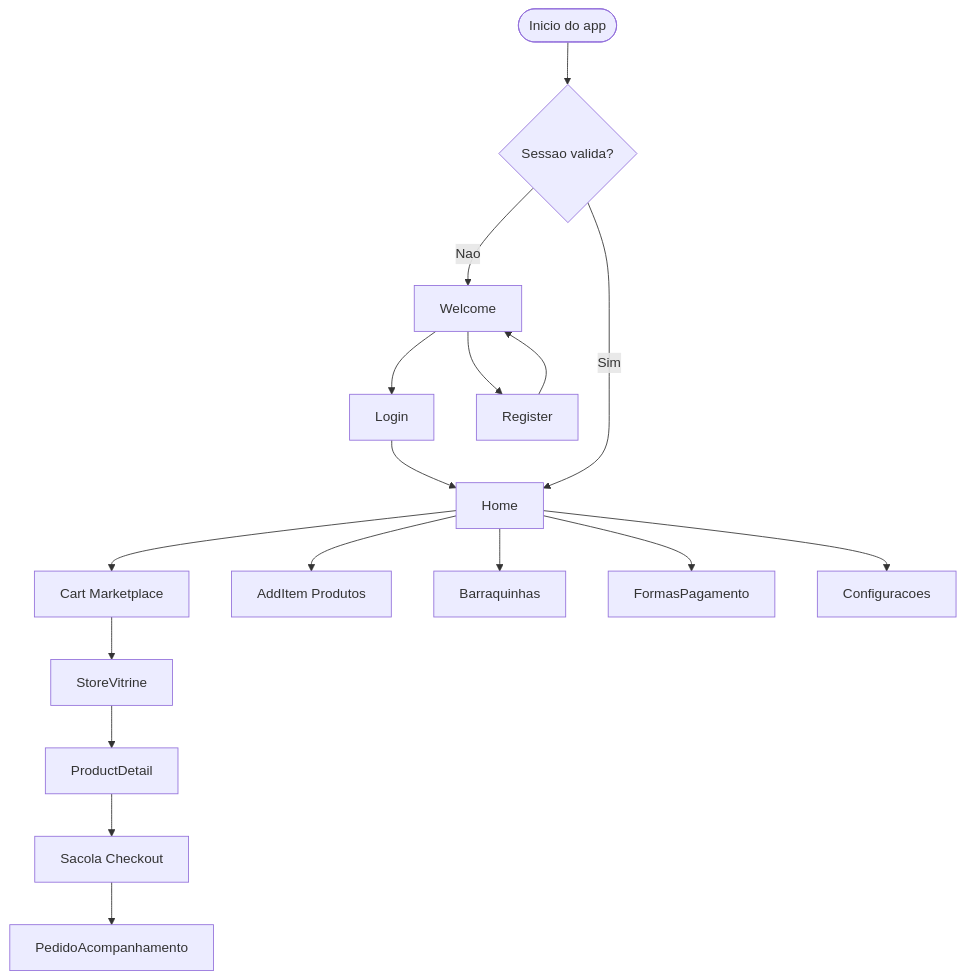
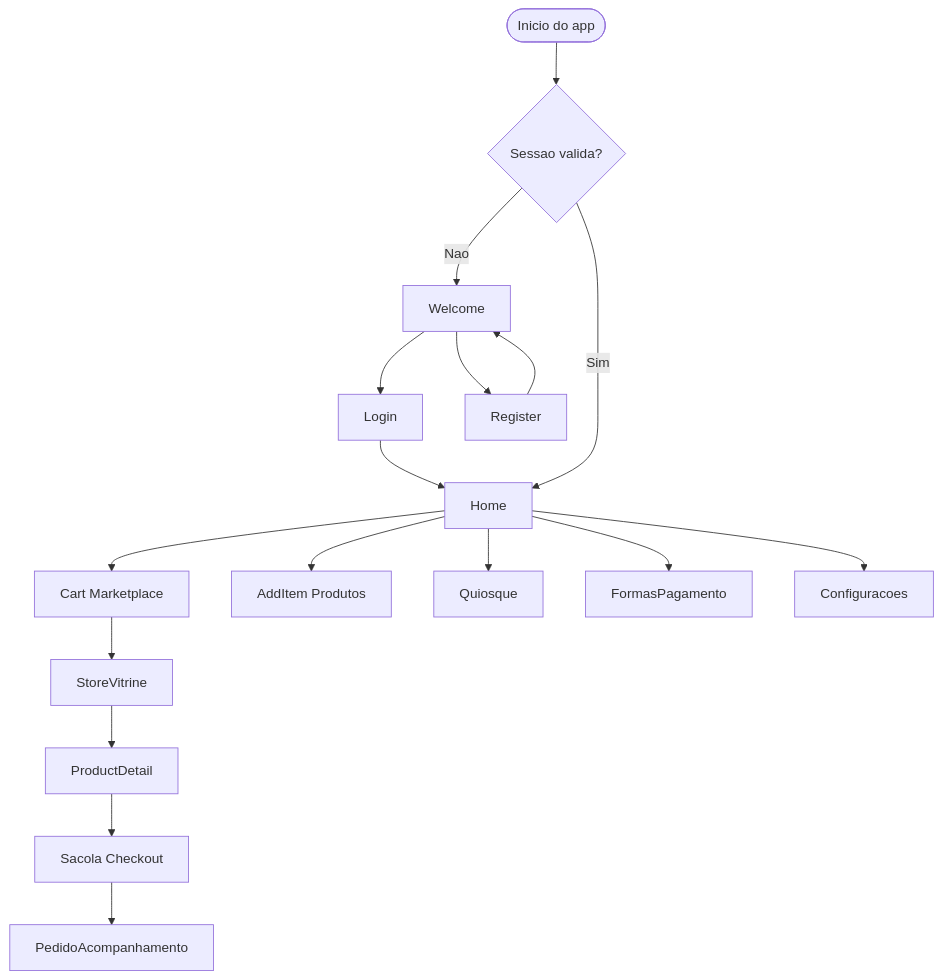
Before and after one commit to LuanSantos26/Mobile: the diagram in docs/diagramas/fluxo-navegacao.mmd, drawn with Mermaid. The commit also changed 27 other files, not shown here.

```diff
--- a/docs/diagramas/fluxo-navegacao.mmd
+++ b/docs/diagramas/fluxo-navegacao.mmd
@@ -1,17 +1,17 @@
 flowchart TD
     start([Inicio do app]) --> auth{Sessao valida?}
     auth -->|Nao| welcome[Welcome]
     welcome --> login[Login]
     welcome --> register[Register]
     login --> home[Home]
     register --> welcome
     auth -->|Sim| home
     home --> cart[Cart Marketplace]
     cart --> vitrine[StoreVitrine]
     vitrine --> detail[ProductDetail]
     detail --> sacola[Sacola Checkout]
     sacola --> pedido[PedidoAcompanhamento]
     home --> produtos[AddItem Produtos]
-    home --> barracas[Barraquinhas]
+    home --> barracas[Quiosque]
     home --> pagamentos[FormasPagamento]
     home --> config[Configuracoes]
```
